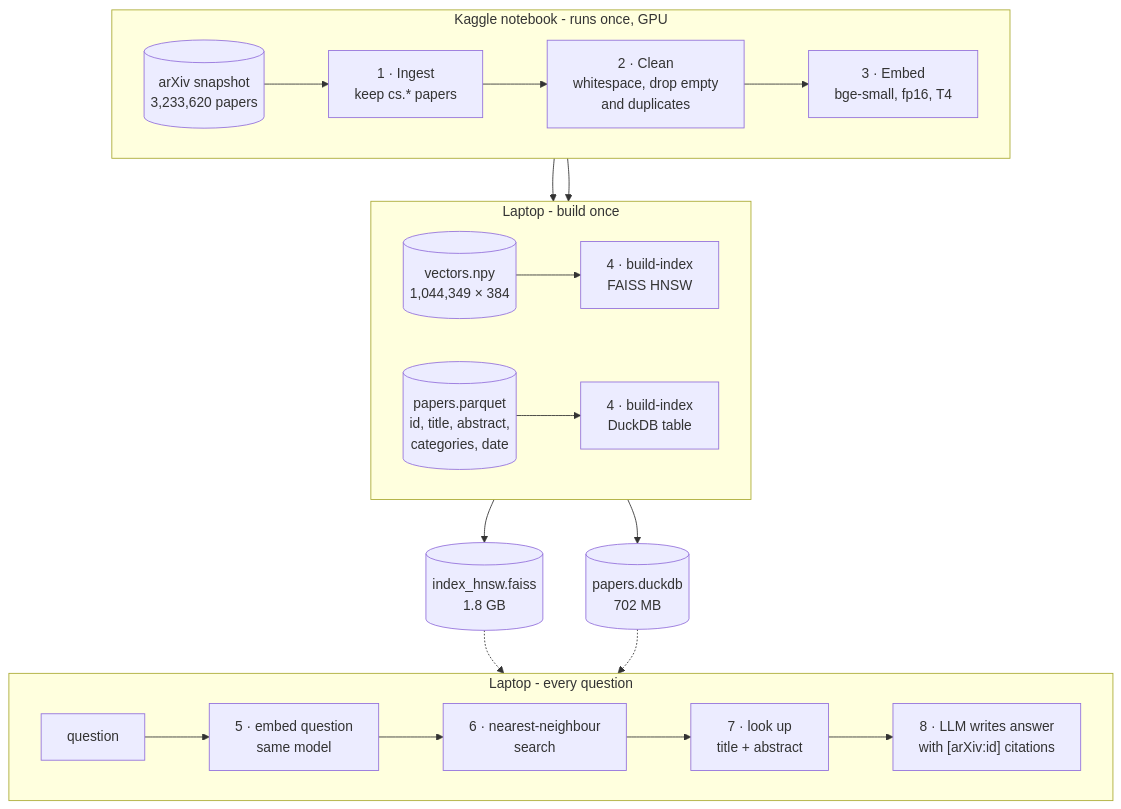
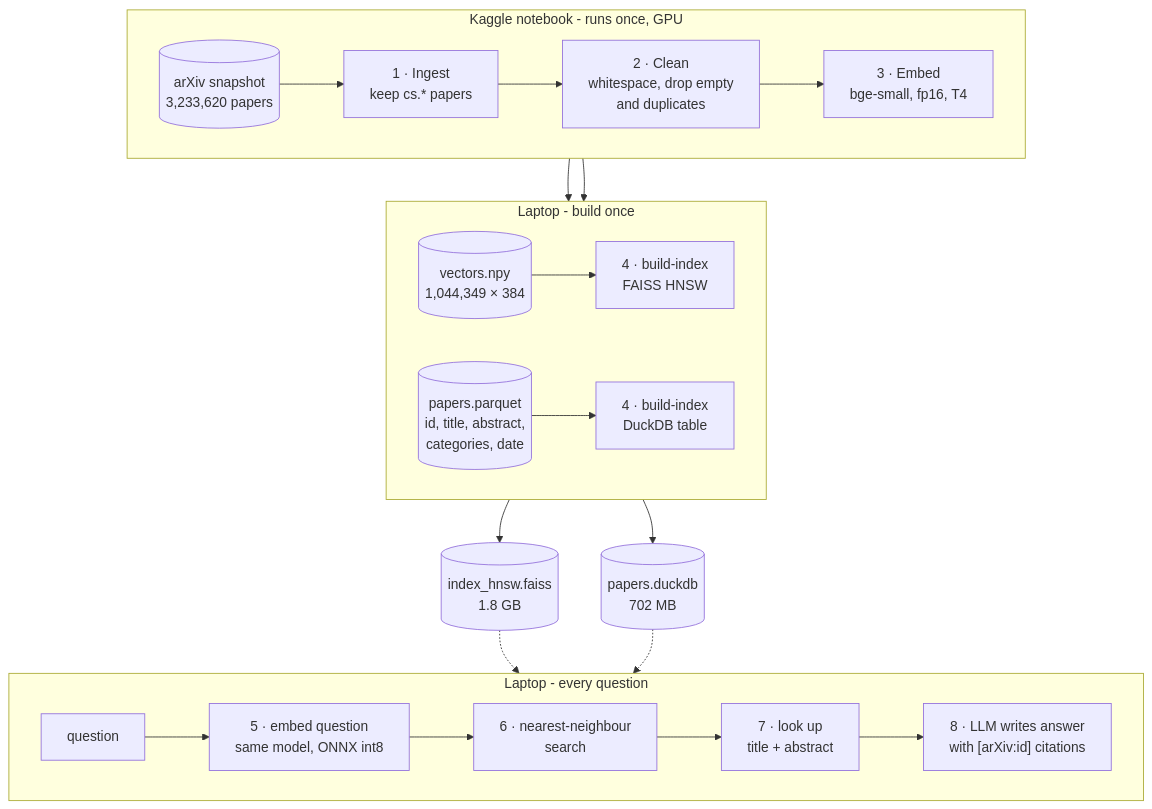
The diagram in docs/architecture.md (hiruneshan/papertrails), drawn with Mermaid before and after one commit. The commit also changed other lines of this file and 15 other files, not shown here.

First line of the commit message:
feat: run the question encoder on ONNX Runtime int8 (v1-onnx-int8)

````diff
--- a/docs/architecture.md
+++ b/docs/architecture.md
@@ -10,32 +10,32 @@
 ```mermaid
 flowchart TB
   subgraph KAGGLE["Kaggle notebook - runs once, GPU"]
     direction LR
     RAW[("arXiv snapshot<br/>3,233,620 papers")] --> ING["1 · Ingest<br/>keep cs.* papers"]
     ING --> CLN["2 · Clean<br/>whitespace, drop empty<br/>and duplicates"]
     CLN --> EMB["3 · Embed<br/>bge-small, fp16, T4"]
   end
 
   EMB --> VEC[("vectors.npy<br/>1,044,349 × 384")]
   CLN --> PAP[("papers.parquet<br/>id, title, abstract,<br/>categories, date")]
 
   subgraph LAPTOP["Laptop - build once"]
     direction LR
     VEC --> IDX["4 · build-index<br/>FAISS HNSW"]
     PAP --> DBB["4 · build-index<br/>DuckDB table"]
   end
 
   IDX --> FAISS[("index_hnsw.faiss<br/>1.8 GB")]
   DBB --> DUCK[("papers.duckdb<br/>702 MB")]
 
   subgraph QUERY["Laptop - every question"]
     direction LR
-    Q["question"] --> QE["5 · embed question<br/>same model"]
+    Q["question"] --> QE["5 · embed question<br/>same model, ONNX int8"]
     QE --> SR["6 · nearest-neighbour<br/>search"]
     SR --> LK["7 · look up<br/>title + abstract"]
     LK --> LLM["8 · LLM writes answer<br/>with [arXiv:id] citations"]
   end
 
   FAISS -.-> SR
   DUCK -.-> LK
 ```
````
